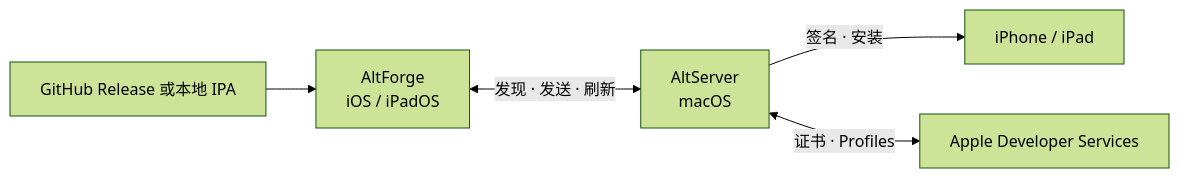
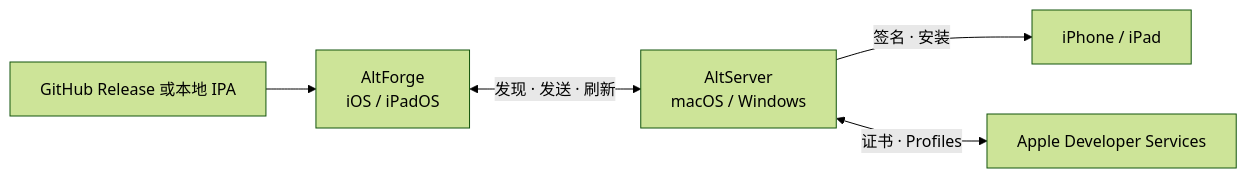
The diagram in README.zh-CN.md (legeling/AltForge), drawn with Mermaid (forest theme) before and after one commit. The commit also changed other lines of this file and 176 other files, not shown here.

````diff
--- a/README.zh-CN.md
+++ b/README.zh-CN.md
@@ -105,7 +105,7 @@
 ```mermaid
 flowchart LR
     Package["GitHub Release 或本地 IPA"] --> Client["AltForge<br/>iOS / iPadOS"]
-    Client <-->|"发现 · 发送 · 刷新"| Server["AltServer<br/>macOS"]
+    Client <-->|"发现 · 发送 · 刷新"| Server["AltServer<br/>macOS / Windows"]
     Server -->|"签名 · 安装"| Device["iPhone / iPad"]
     Server <-->|"证书 · Profiles"| Apple["Apple Developer Services"]
 ```
````
